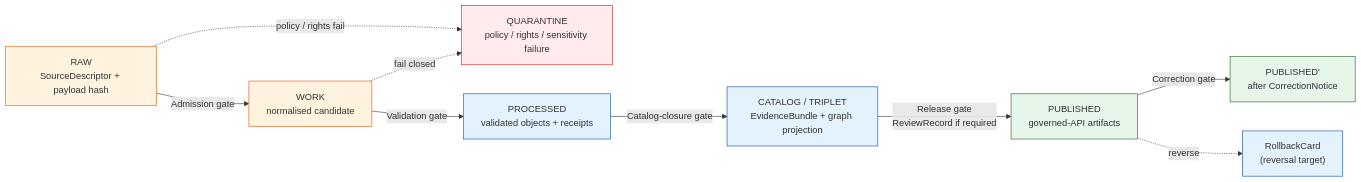
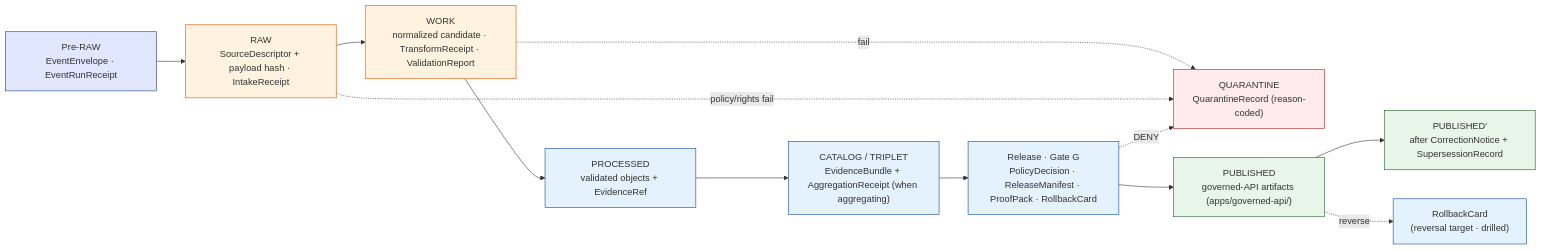
Before and after one commit to bartytime4life/Kansas-Frontier-Matrix: the first of 2 diagrams in docs/domains/agriculture/PRESERVATION_MATRIX.md, drawn with Mermaid. The commit also changed other lines of this file, not shown here.

````diff
--- a/docs/domains/agriculture/PRESERVATION_MATRIX.md
+++ b/docs/domains/agriculture/PRESERVATION_MATRIX.md
@@ -125,29 +171,32 @@
 ```mermaid
 flowchart LR
-    RAW["RAW<br/>SourceDescriptor + payload hash"]
-    WORK["WORK<br/>normalised candidate"]
-    QUAR["QUARANTINE<br/>policy / rights / sensitivity failure"]
-    PROC["PROCESSED<br/>validated objects + receipts"]
-    CAT["CATALOG / TRIPLET<br/>EvidenceBundle + graph projection"]
-    PUB["PUBLISHED<br/>governed-API artifacts"]
-    CORR["PUBLISHED'<br/>after CorrectionNotice"]
-    RB["RollbackCard<br/>(reversal target)"]
+  PRE["Pre-RAW<br/>EventEnvelope · EventRunReceipt"]
+  RAW["RAW<br/>SourceDescriptor + payload hash · IntakeReceipt"]
+  WORK["WORK<br/>normalized candidate · TransformReceipt · ValidationReport"]
+  QUAR["QUARANTINE<br/>QuarantineRecord (reason-coded)"]
+  PROC["PROCESSED<br/>validated objects + EvidenceRef"]
+  CAT["CATALOG / TRIPLET<br/>EvidenceBundle + AggregationReceipt (when aggregating)"]
+  RELG["Release · Gate G<br/>PolicyDecision · ReleaseManifest · ProofPack · RollbackCard"]
+  PUB["PUBLISHED<br/>governed-API artifacts (apps/governed-api/)"]
+  CORR["PUBLISHED′<br/>after CorrectionNotice + SupersessionRecord"]
+  RB["RollbackCard<br/>(reversal target · drilled)"]
 
-    RAW -->|Admission gate| WORK
-    RAW -.->|policy / rights fail| QUAR
-    WORK -->|Validation gate| PROC
-    WORK -.->|fail closed| QUAR
-    PROC -->|Catalog-closure gate| CAT
-    CAT -->|Release gate<br/>ReviewRecord if required| PUB
-    PUB -->|Correction gate| CORR
-    PUB -.->|reverse| RB
+  PRE --> RAW --> WORK
+  WORK -. fail .-> QUAR
+  RAW -. policy/rights fail .-> QUAR
+  WORK --> PROC --> CAT --> RELG --> PUB
+  RELG -. DENY .-> QUAR
+  PUB --> CORR
+  PUB -. reverse .-> RB
 
-    classDef raw fill:#fff3e0,stroke:#e65100
-    classDef quar fill:#ffebee,stroke:#b71c1c
-    classDef pub fill:#e8f5e9,stroke:#1b5e20
-    classDef ctrl fill:#e3f2fd,stroke:#0d47a1
-    class RAW,WORK raw
-    class QUAR quar
-    class PUB,CORR pub
-    class PROC,CAT,RB ctrl
+  classDef pre fill:#e0e7ff,stroke:#1e3a8a
+  classDef raw fill:#fff3e0,stroke:#e65100
+  classDef quar fill:#ffebee,stroke:#b71c1c
+  classDef pub fill:#e8f5e9,stroke:#1b5e20
+  classDef ctrl fill:#e3f2fd,stroke:#0d47a1
+  class PRE pre
+  class RAW,WORK raw
+  class QUAR quar
+  class PUB,CORR pub
+  class PROC,CAT,RELG,RB ctrl
 ```
````
